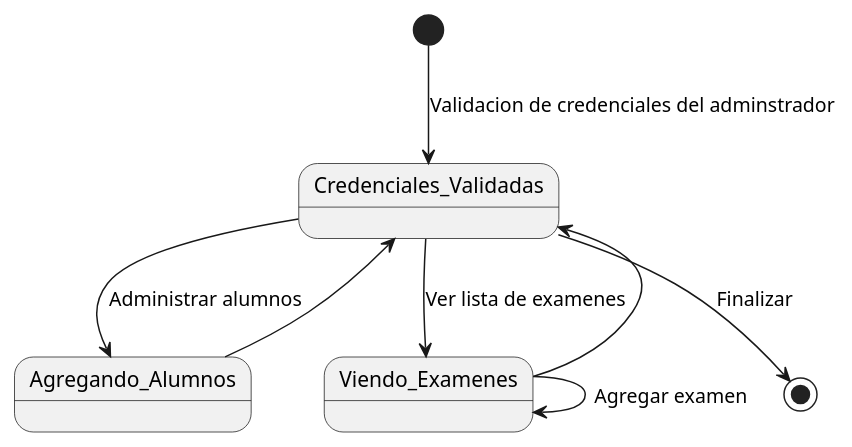
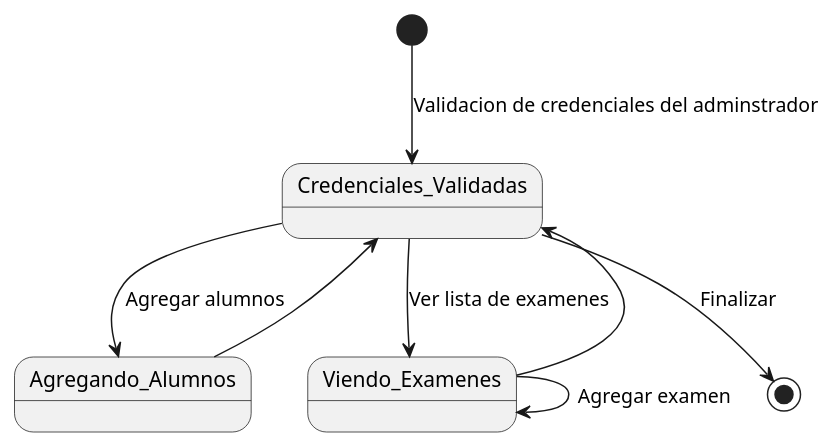
The diagram in docs/scenariosView/DiagramaEstadoAdmin.plantuml (Carverz/IS-022023_Proyecto-Grupo-4), drawn with PlantUML before and after one commit. The commit also changed 3 other files, not shown here.

Commit message:
Modificacion en diagramas

```diff
--- a/docs/scenariosView/DiagramaEstadoAdmin.plantuml
+++ b/docs/scenariosView/DiagramaEstadoAdmin.plantuml
@@ -1,11 +1,11 @@
 @startuml DiagramaEstadoAdmin
 
 [*] --> Credenciales_Validadas: Validacion de credenciales del adminstrador
-Credenciales_Validadas --> Agregando_Alumnos : Administrar alumnos
+Credenciales_Validadas --> Agregando_Alumnos : Agregar alumnos
 Agregando_Alumnos --> Credenciales_Validadas
 Credenciales_Validadas --> Viendo_Examenes : Ver lista de examenes
 Viendo_Examenes --> Viendo_Examenes: Agregar examen
 Viendo_Examenes --> Credenciales_Validadas
 Credenciales_Validadas --> [*]: Finalizar
 
 @enduml
```
